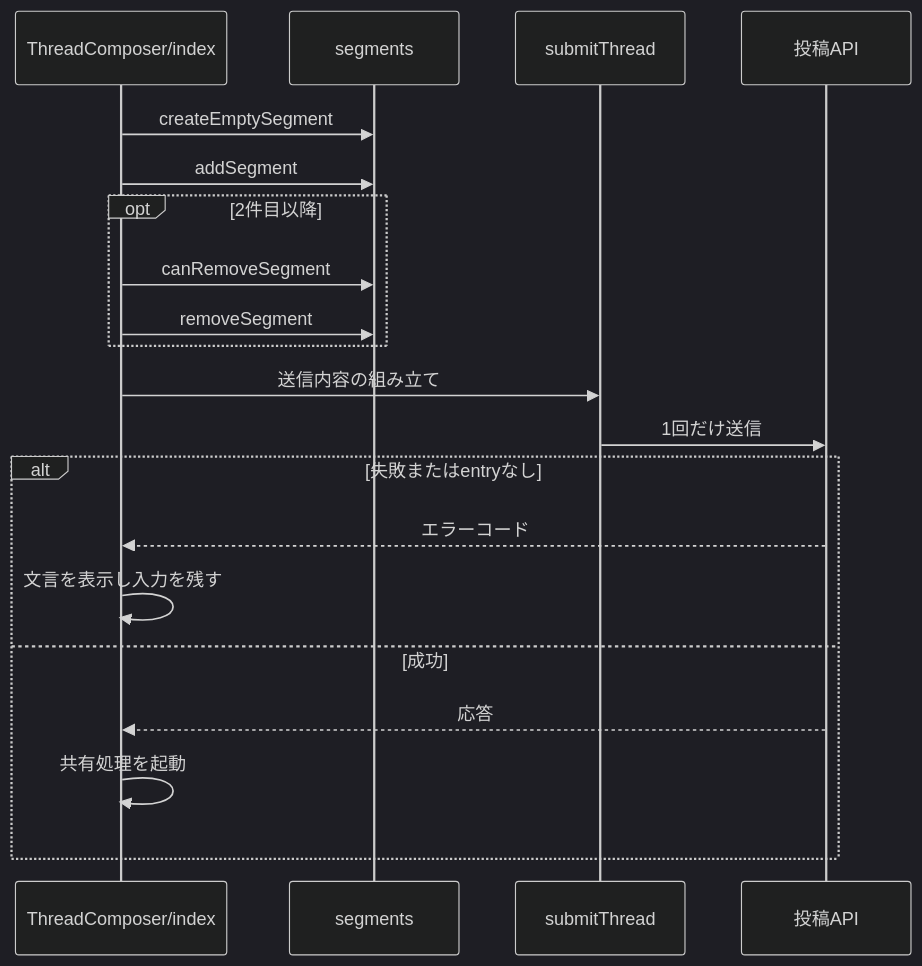
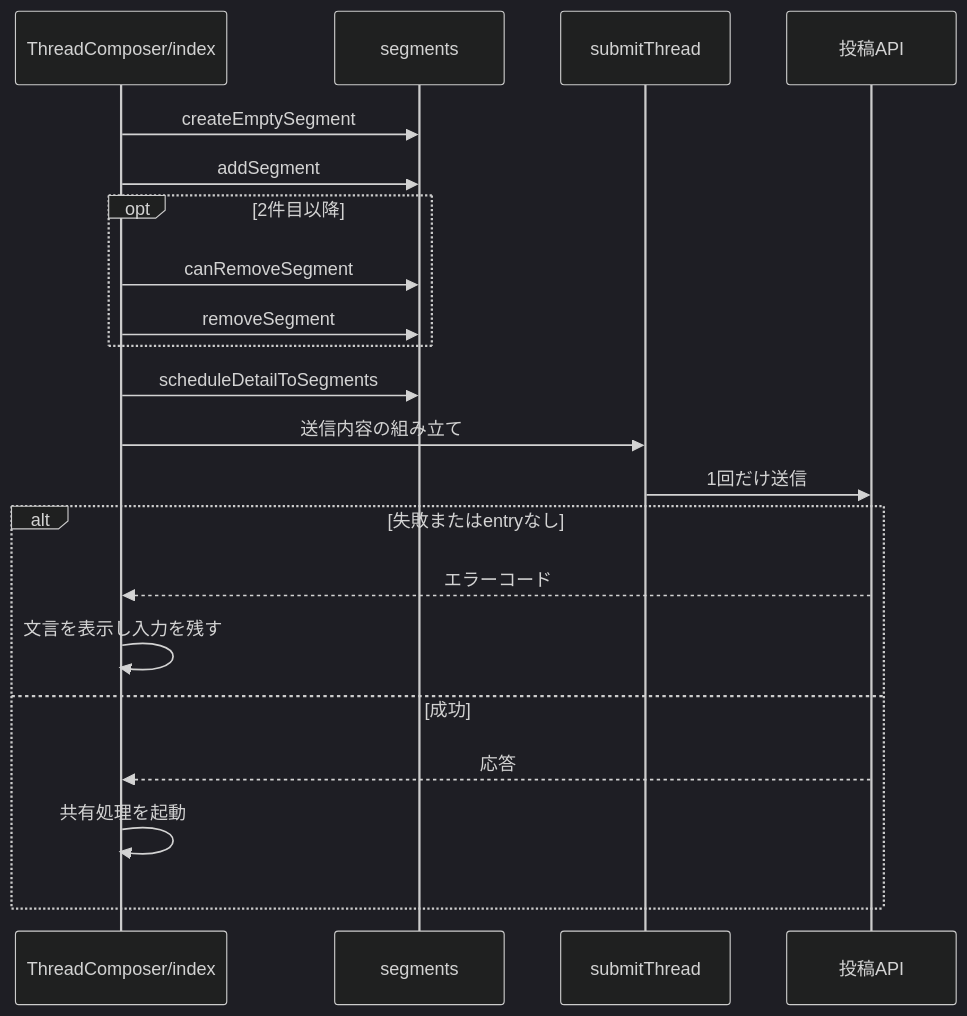
One commit to nekono-dev/skyshare changed the second of 2 diagrams in specs/thread-composer/design.md. Above: the diagram before and after it, drawn with Mermaid (dark theme). The commit also changed other lines of this file and 23 other files, not shown here.

````diff
--- a/specs/thread-composer/design.md
+++ b/specs/thread-composer/design.md
@@ -31,22 +31,23 @@
 ```mermaid
 sequenceDiagram
   participant tc as ThreadComposer/index
   participant segments
   participant submitThread
   participant ext_api as 投稿API
   tc->>segments: createEmptySegment
   tc->>segments: addSegment
   opt 2件目以降
     tc->>segments: canRemoveSegment
     tc->>segments: removeSegment
   end
+  tc->>segments: scheduleDetailToSegments
   tc->>submitThread: 送信内容の組み立て
   submitThread->>ext_api: 1回だけ送信
   alt 失敗またはentryなし
     ext_api-->>tc: エラーコード
     tc->>tc: 文言を表示し入力を残す
   else 成功
     ext_api-->>tc: 応答
     tc->>tc: 共有処理を起動
   end
 ```
````
